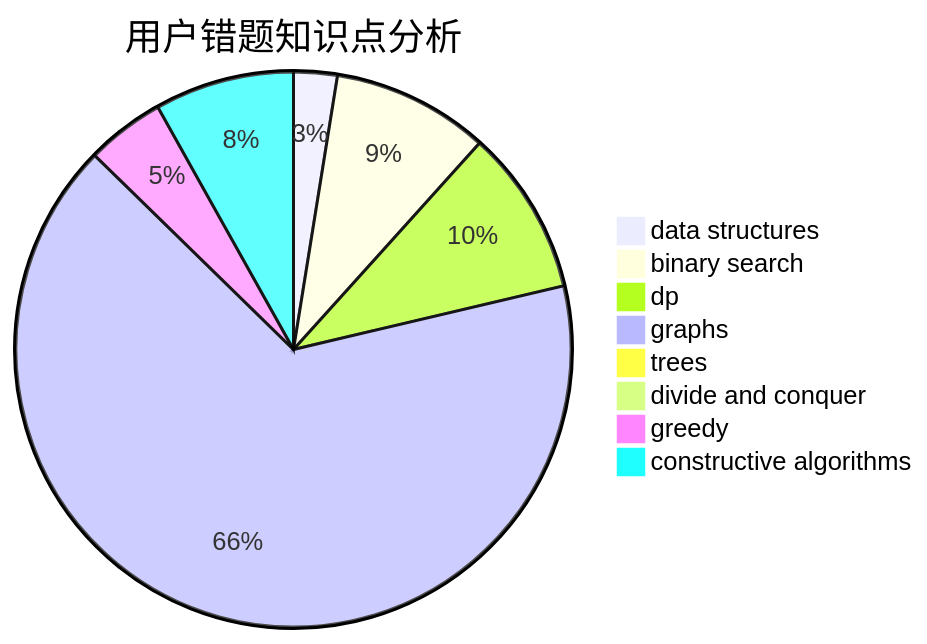
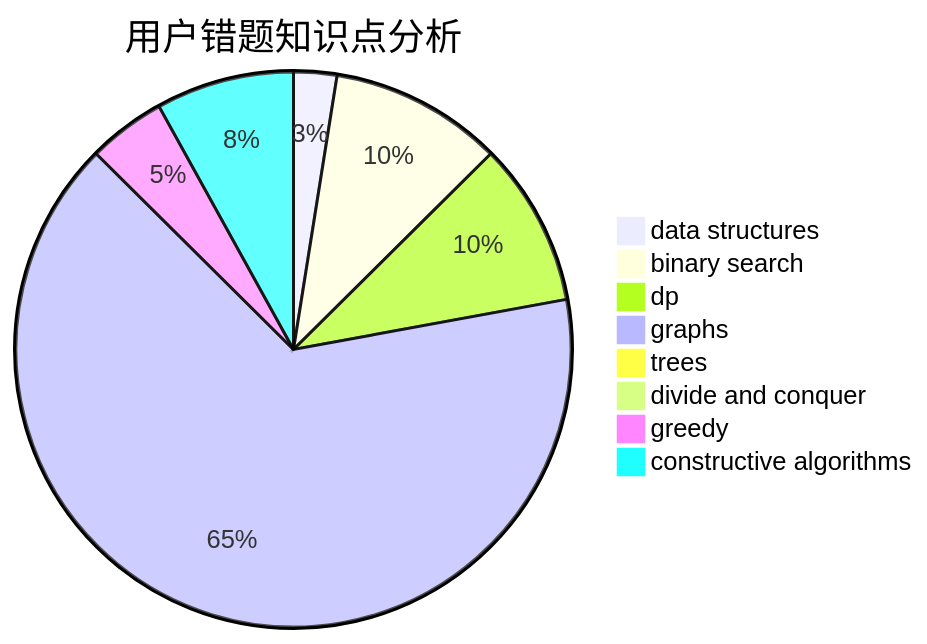
Before and after one commit to sherpahu/cfrs.github.io: the third of 3 diagrams in docs/user/u1220.md, drawn with Mermaid. The commit also changed other lines of this file and 2770 other files, not shown here.

````diff
--- a/docs/user/u1220.md
+++ b/docs/user/u1220.md
@@ -36,11 +36,11 @@
 ```mermaid
 pie title 用户错题知识点分析
     "data structures" :  5
-    "binary search" :  18
+    "binary search" :  20
     "dp" :  19
     "graphs" :  130
     "trees" :  0
     "divide and conquer" :  0
     "greedy" :  9
     "constructive algorithms" :  16
 ```
````
